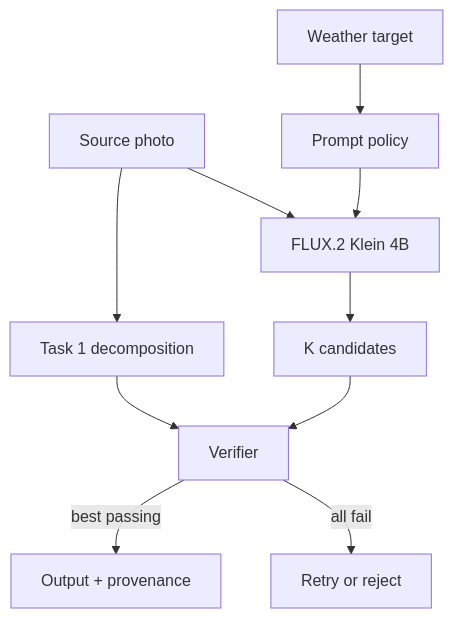
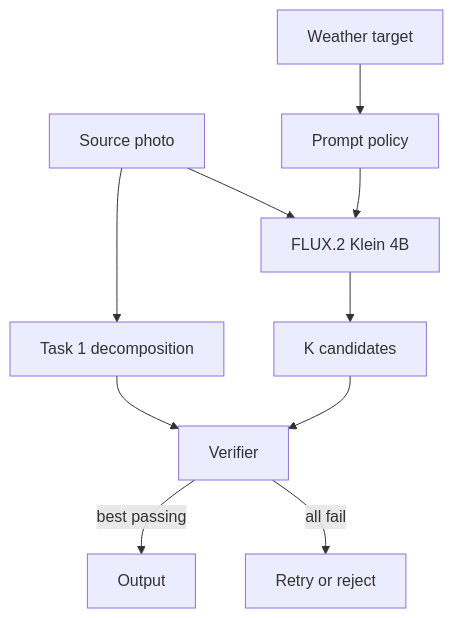
The diagram in docs/TASK2_GENERATION.md (mustafametesengul/generative-editing), drawn with Mermaid before and after one commit. The commit also changed other lines of this file and 4 other files, not shown here.

````diff
--- a/docs/TASK2_GENERATION.md
+++ b/docs/TASK2_GENERATION.md
@@ -5,12 +5,12 @@
 ```mermaid
 flowchart TD
     A[Source photo] --> B[Task 1 decomposition]
     A --> C[FLUX.2 Klein 4B]
     D[Weather target] --> E[Prompt policy]
     E --> C
     C --> F[K candidates]
     B --> G[Verifier]
     F --> G
-    G -->|best passing| H[Output + provenance]
+    G -->|best passing| H[Output]
     G -->|all fail| I[Retry or reject]
 ```
````
